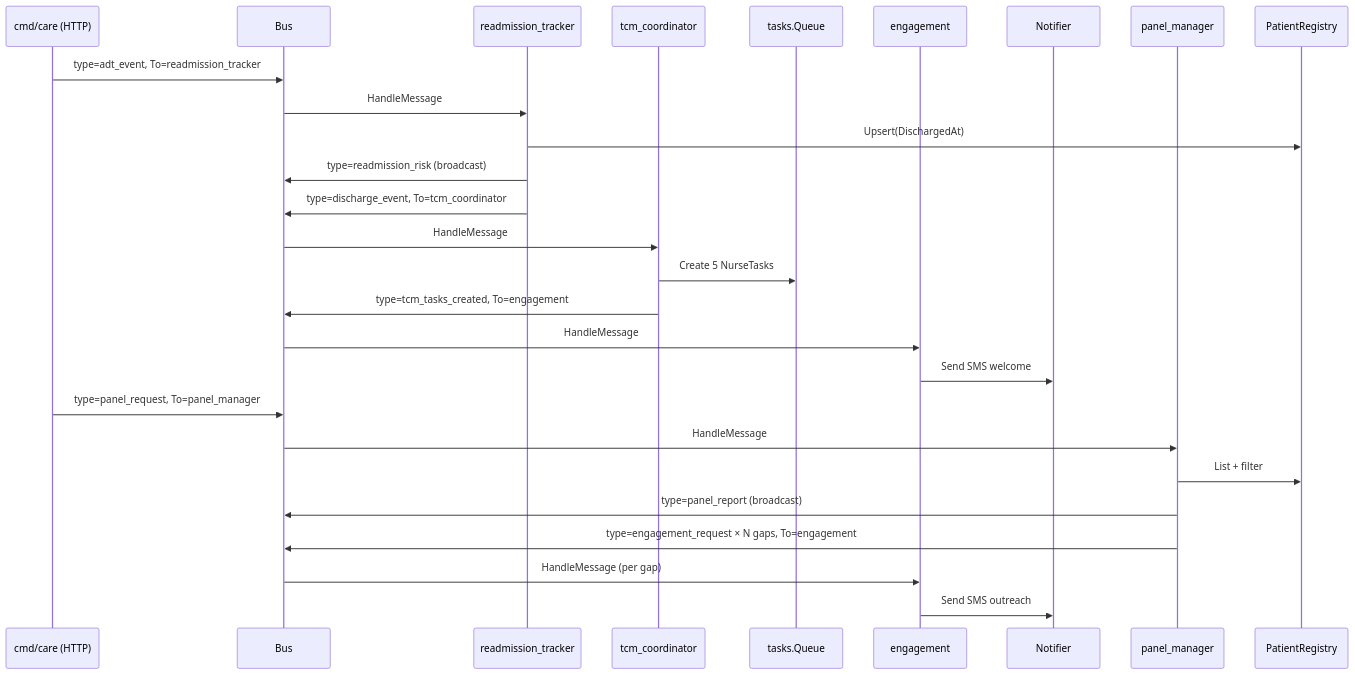
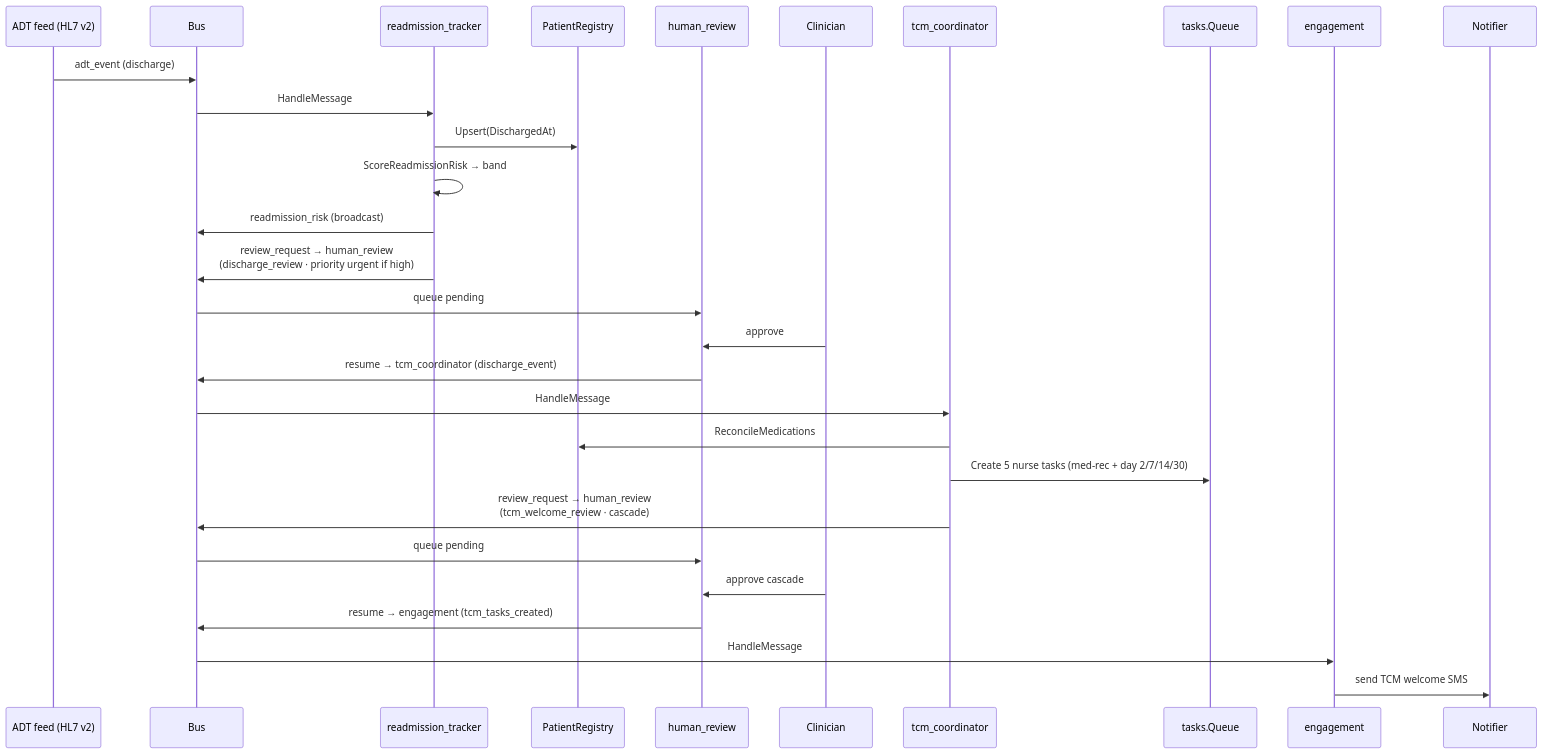
Before and after one commit to PratikDhanave/bodhyanga: diagram 16 of 25 in README.md, drawn with Mermaid. The commit also changed other lines of this file, not shown here.

Commit message:
flow diagram

````diff
--- a/README.md
+++ b/README.md
@@ -460,30 +599,32 @@
 ```mermaid
 sequenceDiagram
-    participant API as cmd/care (HTTP)
+    participant ADT as ADT feed (HL7 v2)
     participant Bus
-    participant ADT as readmission_tracker
+    participant RT as readmission_tracker
+    participant Reg as PatientRegistry
+    participant HR as human_review
+    participant Clin as Clinician
     participant TCM as tcm_coordinator
-    participant Q as tasks.Queue
+    participant TQ as tasks.Queue
     participant Eng as engagement
     participant N as Notifier
-    participant Panel as panel_manager
-    participant Reg as PatientRegistry
 
-    API->>Bus: type=adt_event, To=readmission_tracker
-    Bus->>ADT: HandleMessage
-    ADT->>Reg: Upsert(DischargedAt)
-    ADT->>Bus: type=readmission_risk (broadcast)
-    ADT->>Bus: type=discharge_event, To=tcm_coordinator
+    ADT->>Bus: adt_event (discharge)
+    Bus->>RT: HandleMessage
+    RT->>Reg: Upsert(DischargedAt)
+    RT->>RT: ScoreReadmissionRisk → band
+    RT->>Bus: readmission_risk (broadcast)
+    RT->>Bus: review_request → human_review<br/>(discharge_review · priority urgent if high)
+    Bus->>HR: queue pending
+    Clin->>HR: approve
+    HR->>Bus: resume → tcm_coordinator (discharge_event)
     Bus->>TCM: HandleMessage
-    TCM->>Q: Create 5 NurseTasks
-    TCM->>Bus: type=tcm_tasks_created, To=engagement
+    TCM->>Reg: ReconcileMedications
+    TCM->>TQ: Create 5 nurse tasks (med-rec + day 2/7/14/30)
+    TCM->>Bus: review_request → human_review<br/>(tcm_welcome_review · cascade)
+    Bus->>HR: queue pending
+    Clin->>HR: approve cascade
+    HR->>Bus: resume → engagement (tcm_tasks_created)
     Bus->>Eng: HandleMessage
-    Eng->>N: Send SMS welcome
-    API->>Bus: type=panel_request, To=panel_manager
-    Bus->>Panel: HandleMessage
-    Panel->>Reg: List + filter
-    Panel->>Bus: type=panel_report (broadcast)
-    Panel->>Bus: type=engagement_request × N gaps, To=engagement
-    Bus->>Eng: HandleMessage (per gap)
-    Eng->>N: Send SMS outreach
+    Eng->>N: send TCM welcome SMS
 ```
````
